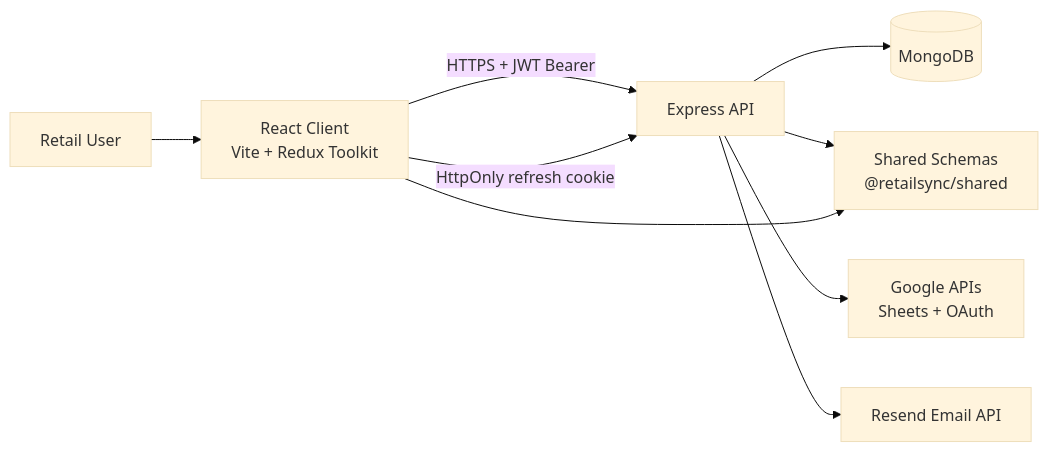
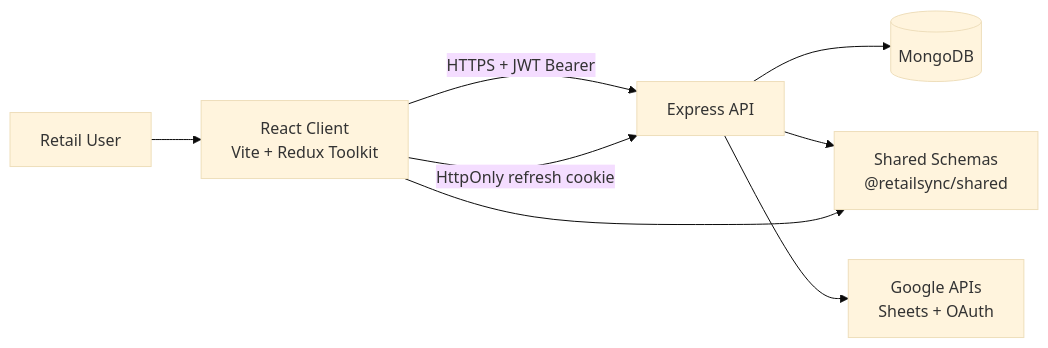
Before and after one commit to comp596-spring-2026/RetailSync: the first of 3 diagrams in docs/architecture/system-overview.md, drawn with Mermaid (base theme). The commit also changed other lines of this file and 41 other files, not shown here.

````diff
--- a/docs/architecture/system-overview.md
+++ b/docs/architecture/system-overview.md
@@ -9,11 +9,10 @@
 ```mermaid
 flowchart LR
   User["Retail User"] --> Client["React Client\nVite + Redux Toolkit"]
   Client -->|"HTTPS + JWT Bearer"| API["Express API"]
   Client -->|"HttpOnly refresh cookie"| API
   API --> Mongo[("MongoDB")]
   API --> Shared["Shared Schemas\n@retailsync/shared"]
   API --> Google["Google APIs\nSheets + OAuth"]
-  API --> Resend["Resend Email API"]
   Client --> Shared
 ```
````
